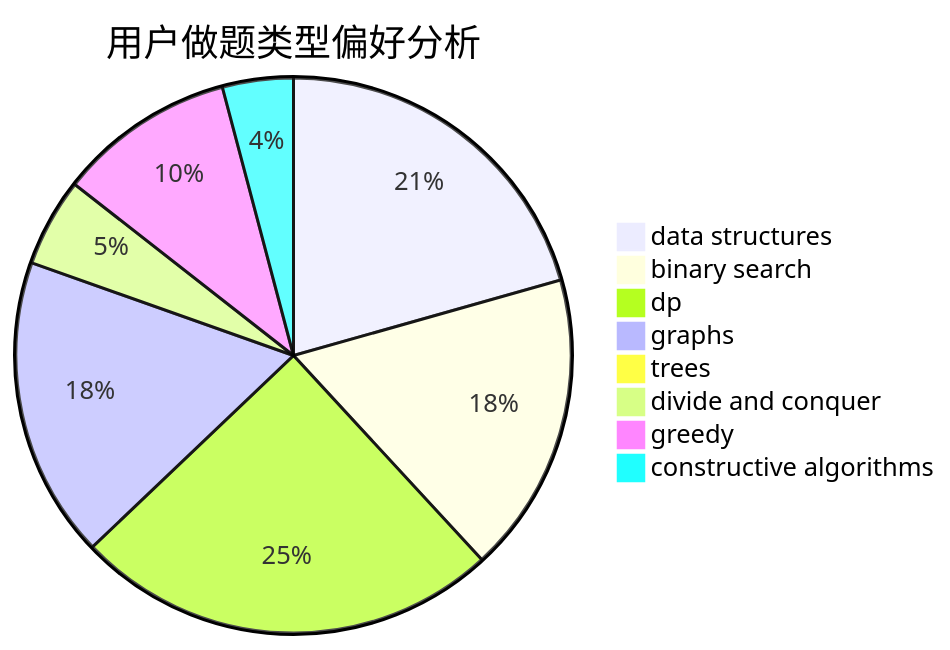
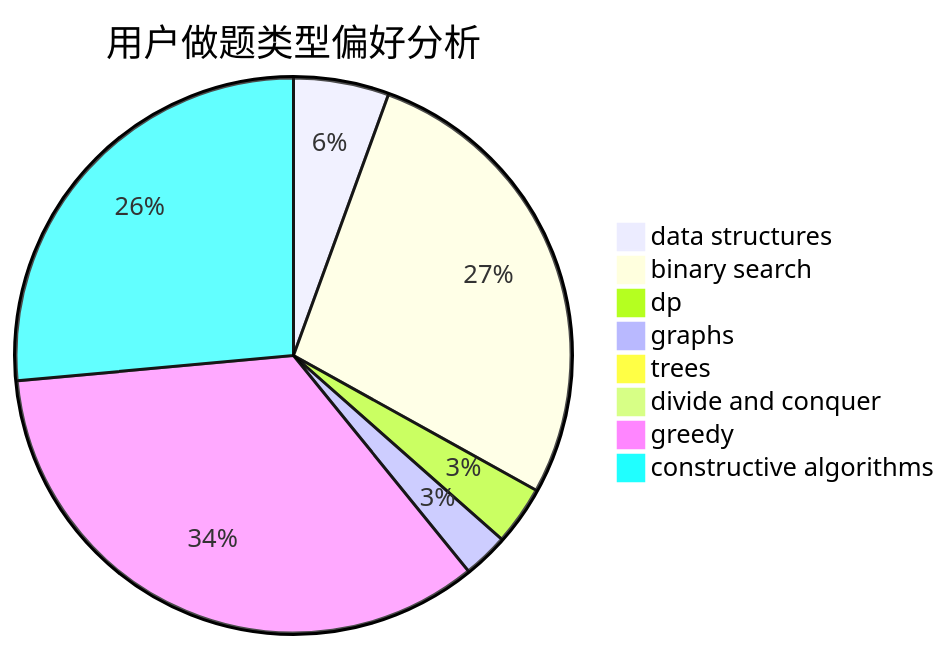
One commit to sherpahu/cfrs.github.io changed the second of 3 diagrams in docs/user/u2415.md. Above: the diagram before and after it, drawn with Mermaid. The commit also changed other lines of this file and 2770 other files, not shown here.

````diff
--- a/docs/user/u2415.md
+++ b/docs/user/u2415.md
@@ -23,11 +23,11 @@
 ```mermaid
 pie title 用户做题类型偏好分析
-    "data structures" :  20
-    "binary search" :  17
-    "dp" :  24
-    "graphs" :  17
-    "trees" :  0
-    "divide and conquer" :  5
-    "greedy" :  10
-    "constructive algorithms" :  4
+    "data structures" :  21
+    "binary search" :  104
+    "dp" :  13
+    "graphs" :  10
+    "trees" :  2
+    "divide and conquer" :  0
+    "greedy" :  130
+    "constructive algorithms" :  100
 ```
````
